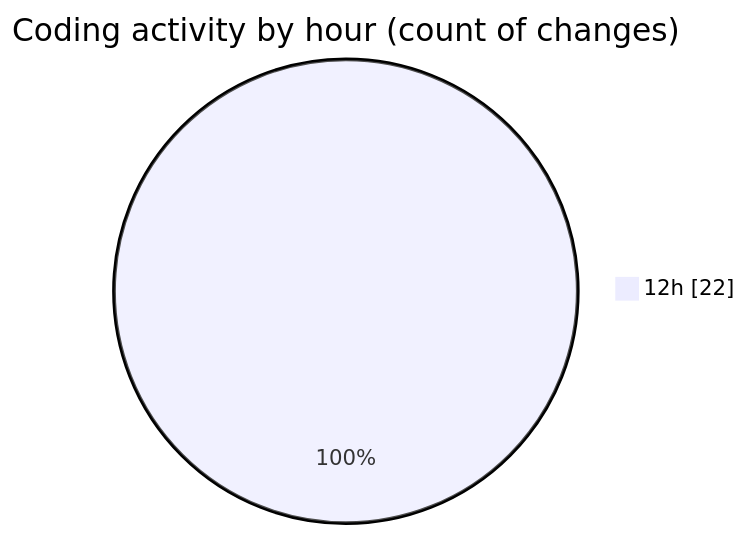
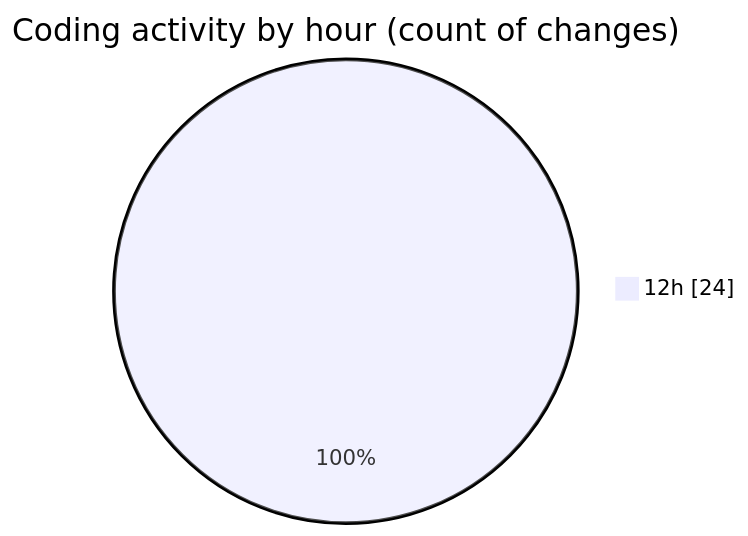
The second of 2 diagrams in 2025-08-25/quytuthien_vn/README.md (lephambinh05/code-tracking), drawn with Mermaid before and after one commit. The commit also changed other lines of this file and 1 other file, not shown here.

````diff
--- a/2025-08-25/quytuthien_vn/README.md
+++ b/2025-08-25/quytuthien_vn/README.md
@@ -43,5 +43,5 @@
 ```mermaid
 pie showData
 title Coding activity by hour (count of changes)
-"12h" : 22
+"12h" : 24
 ```
````
